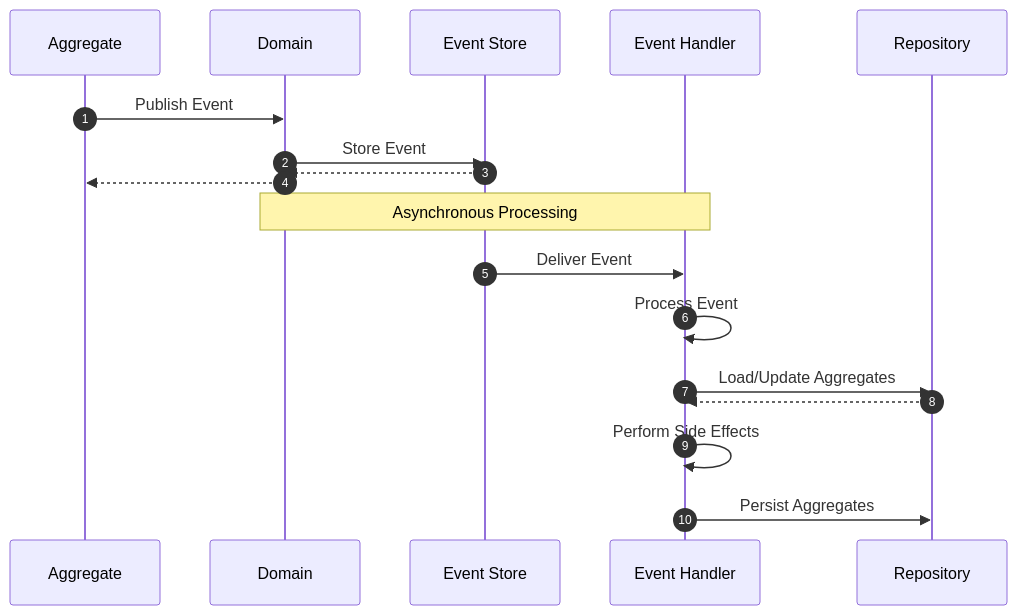
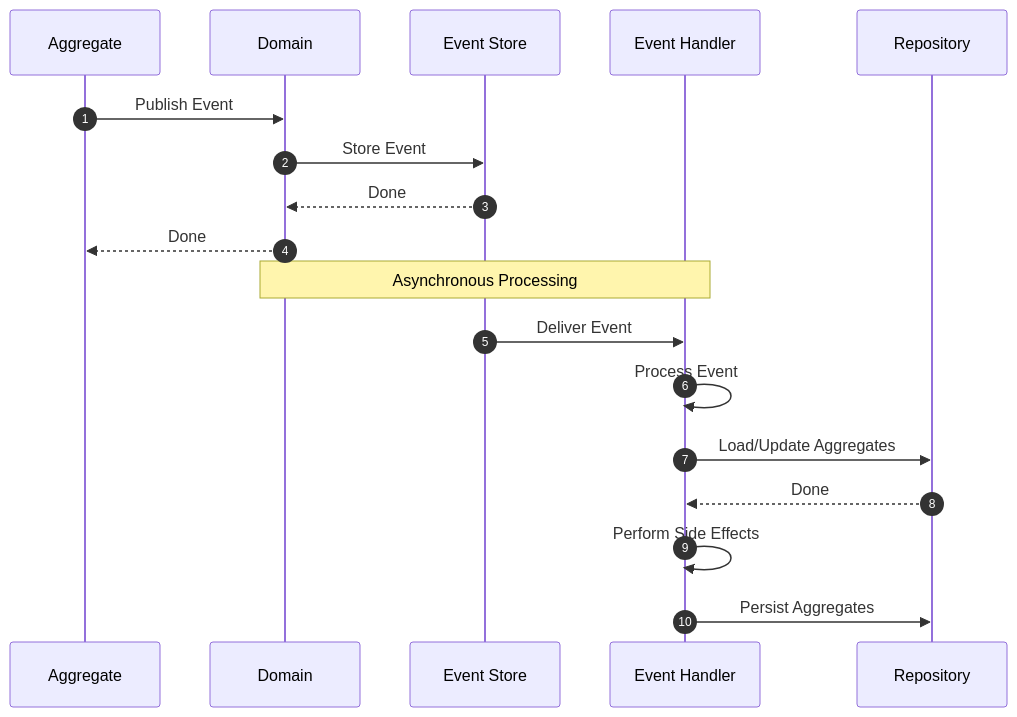
Before and after one commit to proteanhq/protean: the diagram in docs/guides/consume-state/event-handlers.md, drawn with Mermaid. The commit also changed 5 other files, not shown here.

First line of the commit message:
Fix empty message labels in mermaid sequence diagrams

````diff
--- a/docs/guides/consume-state/event-handlers.md
+++ b/docs/guides/consume-state/event-handlers.md
@@ -89,17 +89,17 @@
     ```mermaid
     sequenceDiagram
       autonumber
       Aggregate->>Domain: Publish Event
       Domain->>Event Store: Store Event
-      Event Store-->>Domain:
-      Domain-->>Aggregate:
+      Event Store-->>Domain: Done
+      Domain-->>Aggregate: Done
 
       Note over Domain,Event Handler: Asynchronous Processing
 
       Event Store->>Event Handler: Deliver Event
       Event Handler->>Event Handler: Process Event
       Event Handler->>Repository: Load/Update Aggregates
-      Repository-->>Event Handler:
+      Repository-->>Event Handler: Done
       Event Handler->>Event Handler: Perform Side Effects
       Event Handler->>Repository: Persist Aggregates
     ```
````
